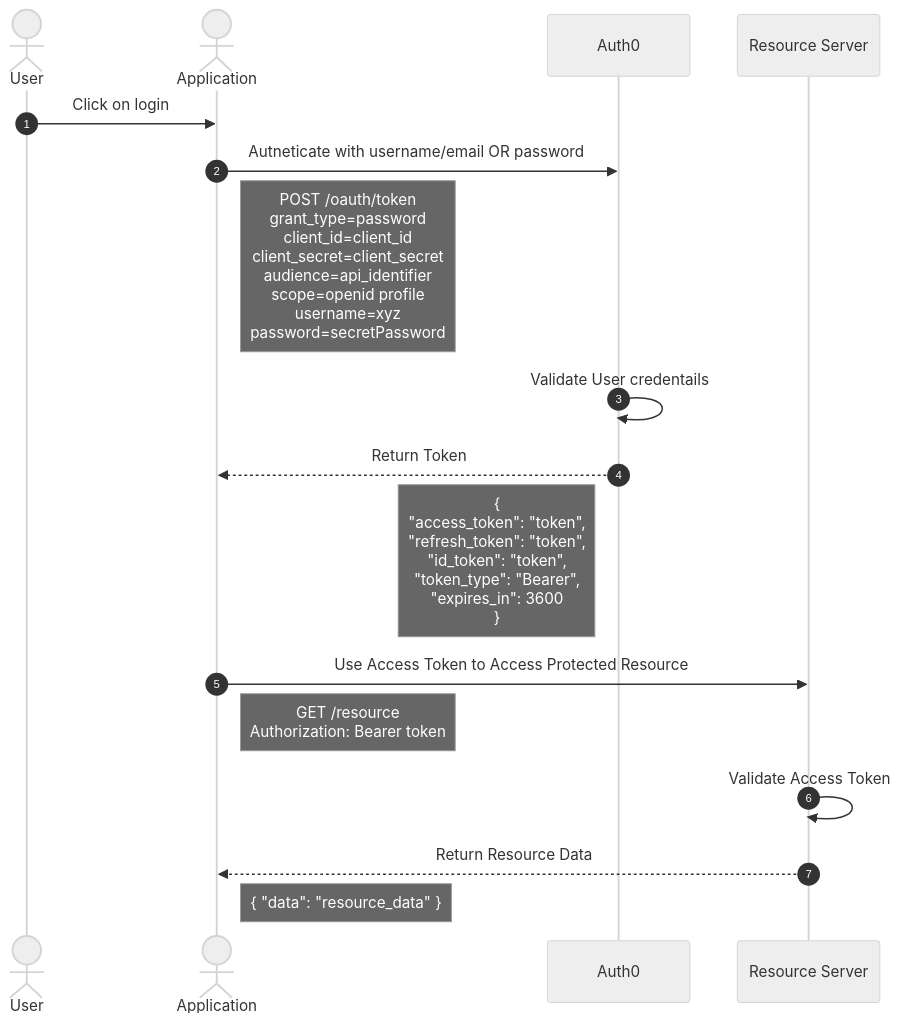
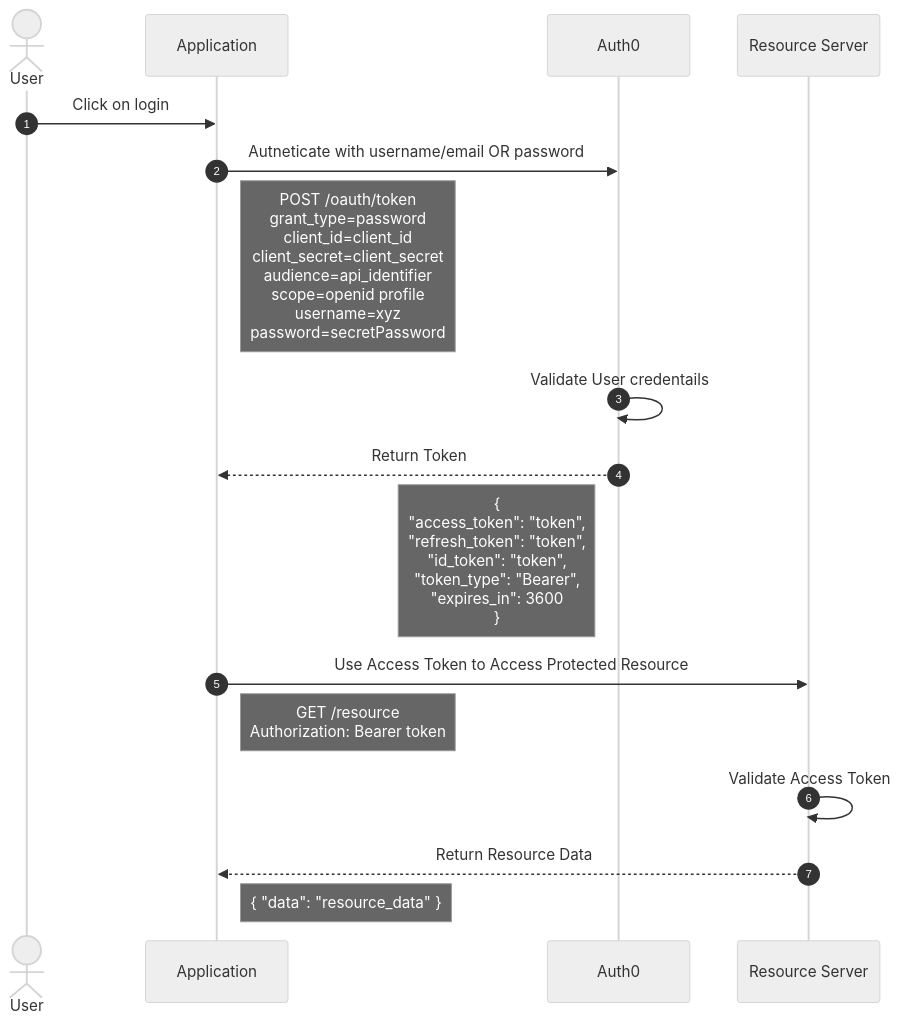
Before and after one commit to Tanver-Hasan/oauth2.0-flows-: the diagram in ropg.md, drawn with Mermaid (neutral theme).

````diff
--- a/ropg.md
+++ b/ropg.md
@@ -5,24 +5,24 @@
 ```mermaid
 
 sequenceDiagram
   actor u as User
-  actor a as Application
+  participant a as Application
   participant a0 as Auth0
   participant api as Resource Server
   autonumber
   u ->> a : Click on login
   a ->> a0: Autneticate with username/email OR password
   note right of a: POST /oauth/token<br/>grant_type=password<br/>client_id=client_id<br/>client_secret=client_secret<br/>audience=api_identifier<br/>scope=openid profile<br/>username=xyz<br/>password=secretPassword
 
   a0 ->> a0: Validate User credentails 
 
   a0 -->> a: Return  Token
   note left of a0: { <br/> "access_token": "token", <br/>"refresh_token": "token",<br/> "id_token": "token",<br/> "token_type": "Bearer", <br/>"expires_in": 3600 <br/>}
   
   a ->> api: Use Access Token to Access Protected Resource
   note right of a: GET /resource<br/>Authorization: Bearer token
 
   api ->> api: Validate Access Token
   api -->> a: Return Resource Data
   note right of a: { "data": "resource_data" }
 ```
````
